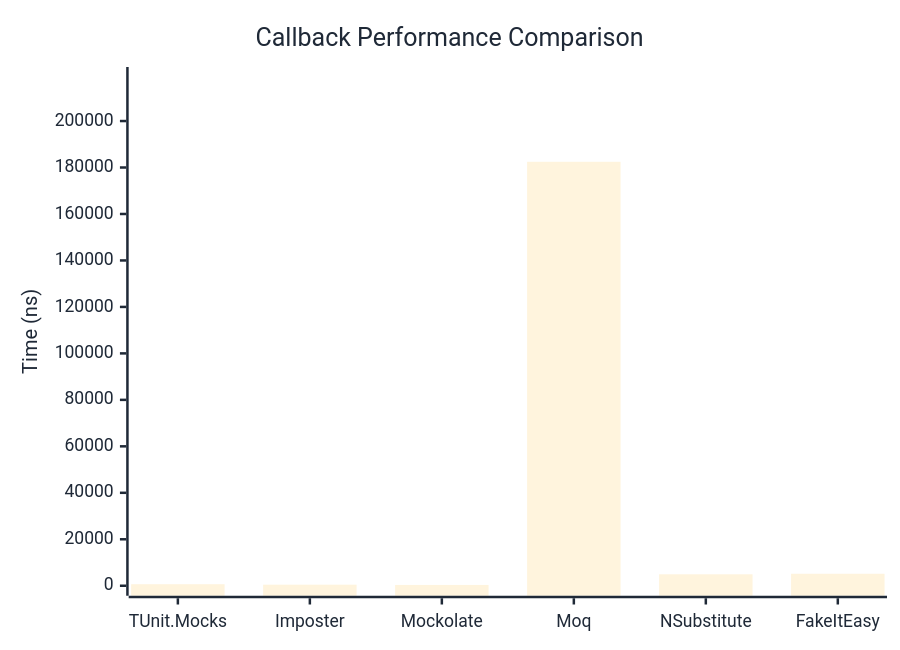
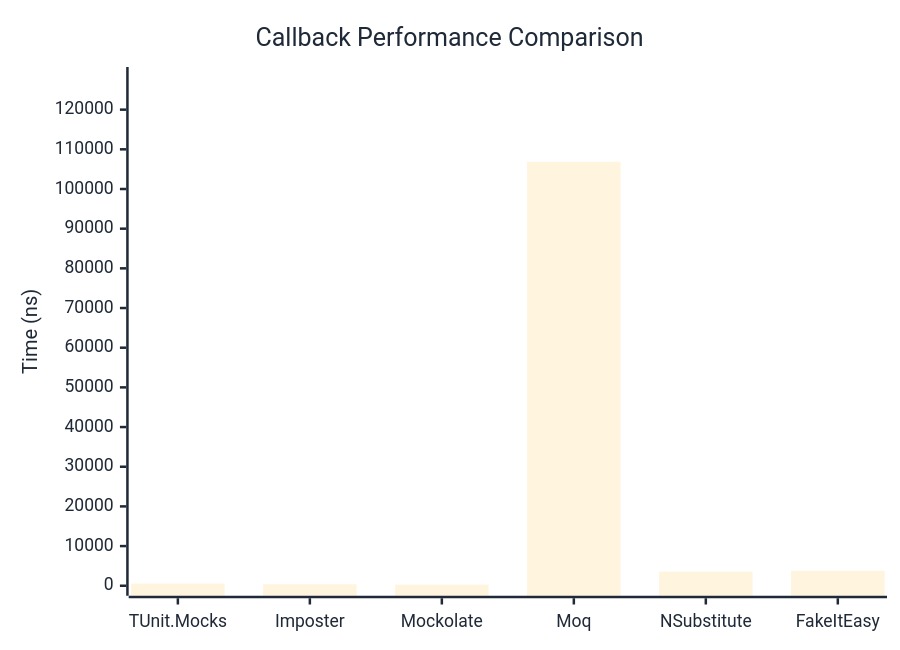
Before and after one commit to thomhurst/TUnit: the first of 2 diagrams in docs/docs/benchmarks/mocks/Callback.md, drawn with Mermaid. The commit also changed other lines of this file and 14 other files, not shown here.

````diff
--- a/docs/docs/benchmarks/mocks/Callback.md
+++ b/docs/docs/benchmarks/mocks/Callback.md
@@ -30,27 +30,27 @@
 ```mermaid
 %%{init: {
   'theme':'base',
   'themeVariables': {
     'primaryColor': '#2563eb',
     'primaryTextColor': '#1f2937',
     'primaryBorderColor': '#1e40af',
     'lineColor': '#6b7280',
     'secondaryColor': '#7c3aed',
     'tertiaryColor': '#dc2626',
     'background': '#ffffff',
     'pie1': '#2563eb',
     'pie2': '#7c3aed',
     'pie3': '#dc2626',
     'pie4': '#f59e0b',
     'pie5': '#10b981',
     'pie6': '#06b6d4',
     'pie7': '#ec4899',
     'pie8': '#6366f1'
   }
 }}%%
 xychart-beta
   title "Callback Performance Comparison"
   x-axis ["TUnit.Mocks", "Imposter", "Mockolate", "Moq", "NSubstitute", "FakeItEasy"]
-  y-axis "Time (ns)" 0 --> 218952
-  bar [656.4, 457.6, 348, 182459.3, 4929.5, 5164.1]
+  y-axis "Time (ns)" 0 --> 128230
+  bar [529.6, 380.7, 265.8, 106858, 3567.8, 3759.4]
 ```
````
